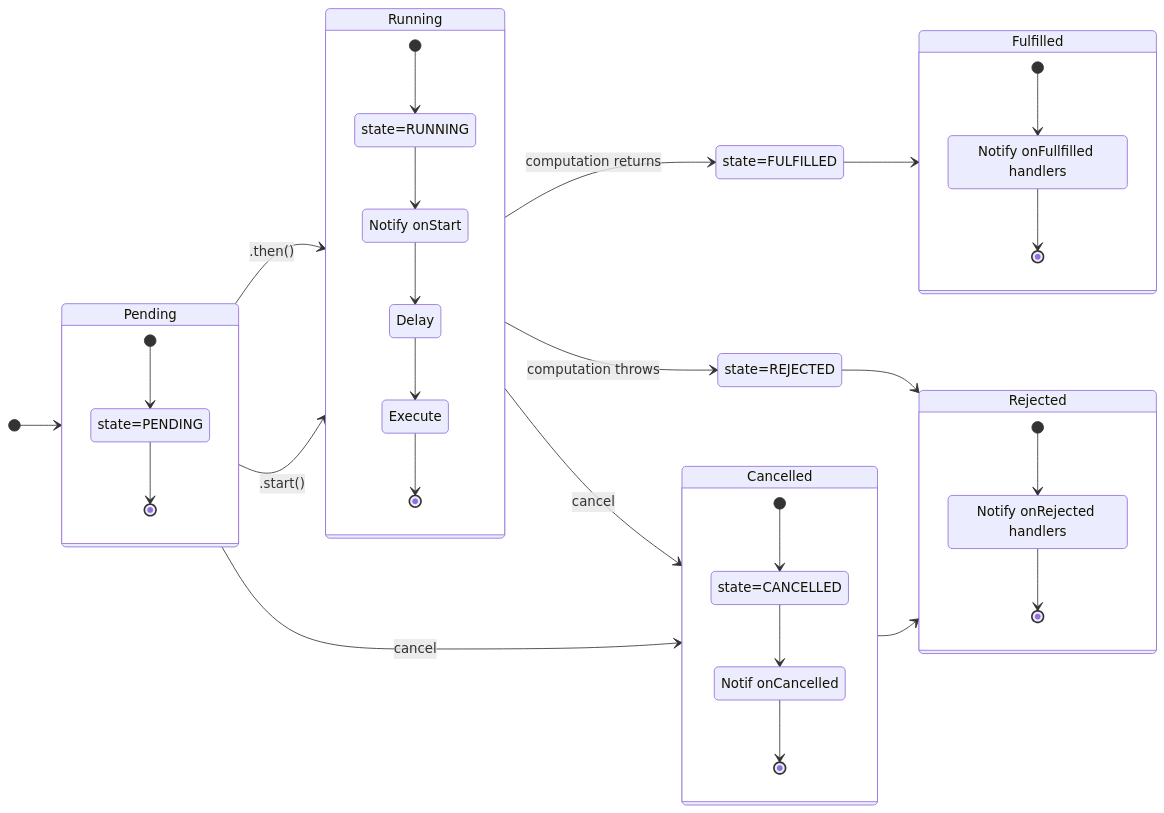
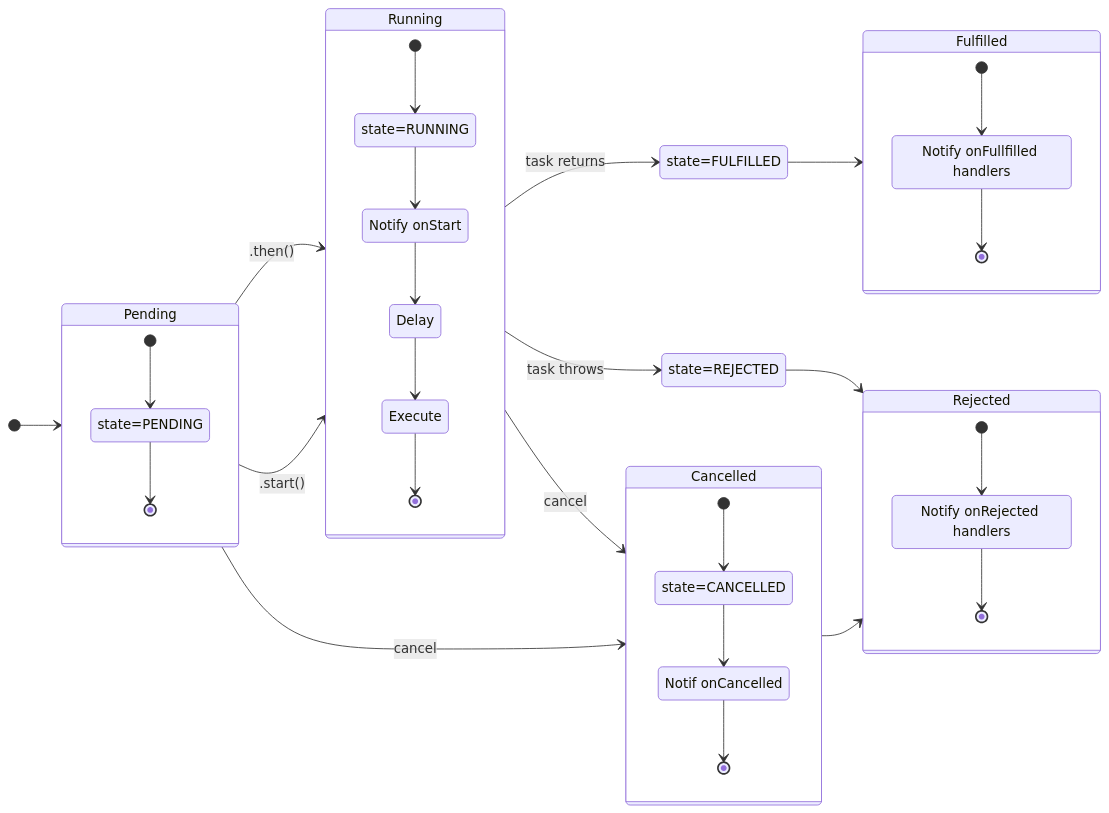
One commit to BobKerns/better-future changed the diagram in src/images/delay.mmd. Above: the diagram before and after it, drawn with Mermaid. The commit also changed 18 other files, not shown here.

Commit message:
Massive rename: computation -> task.

```diff
--- a/src/images/delay.mmd
+++ b/src/images/delay.mmd
@@ -1,46 +1,46 @@
 stateDiagram-v2
     direction LR
 
     [*] --> Pending
     Pending --> Running : .then()
     Pending --> Running : .start()
-    Running --> state=FULFILLED : computation returns
+    Running --> state=FULFILLED : task returns
     state=FULFILLED --> Fulfilled
-    Running --> state=REJECTED : computation throws
+    Running --> state=REJECTED : task throws
     state=REJECTED --> Rejected
     Pending --> Cancelled : cancel
     Running --> Cancelled : cancel
     Cancelled --> Rejected
 
     state Pending {
       [*] --> state=PENDING
       state=PENDING --> [*]
     }
 
     state Running {
       [*] --> state=RUNNING
       state=RUNNING --> NotifyStarted
       NotifyStarted --> Delay
       Delay --> Execute
       Execute --> [*]
       NotifyStarted : Notify onStart
     }
 
     state Fulfilled {
       [*] --> NotifyFulfilled
       NotifyFulfilled --> [*]
       NotifyFulfilled : Notify onFullfilled handlers
     }
 
     state Rejected {
       [*] --> NotifyRejected
       NotifyRejected --> [*]
       NotifyRejected : Notify onRejected handlers
     }
 
     state Cancelled {
       [*] --> state=CANCELLED
       state=CANCELLED --> NotifyCancelled
       NotifyCancelled --> [*]
       NotifyCancelled: Notif onCancelled
     }
```
